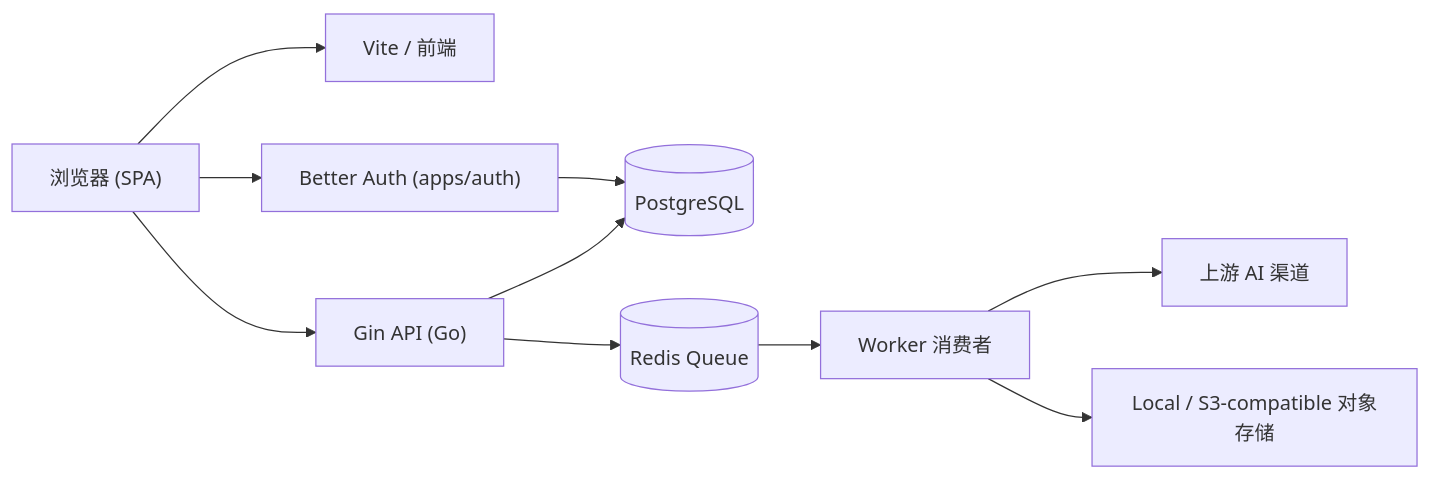
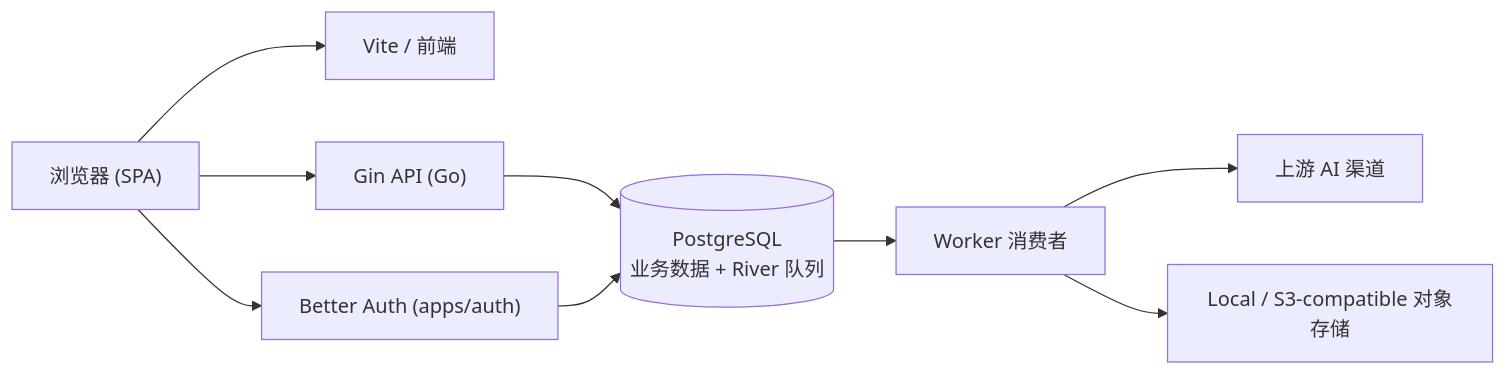
The first of 2 diagrams in DEVELOPMENT.md (Ericsunsk/IdeaBoard), drawn with Mermaid before and after one commit. The commit also changed other lines of this file and 57 other files, not shown here.

First line of the commit message:
refactor: replace Asynq+Redis with River+PostgreSQL for task queue

````diff
--- a/DEVELOPMENT.md
+++ b/DEVELOPMENT.md
@@ -47,14 +47,13 @@
 ```mermaid
 graph LR
     Browser["浏览器 (SPA)"] --> Vite["Vite / 前端"]
     Browser --> Auth["Better Auth (apps/auth)"]
     Browser --> Gin["Gin API (Go)"]
     
-    Gin --> Postgres[("PostgreSQL")]
-    Gin --> Redis[("Redis Queue")]
+    Gin --> Postgres[("PostgreSQL<br>业务数据 + River 队列")]
     Auth --> Postgres
     
-    Redis --> Worker["Worker 消费者"]
+    Postgres --> Worker["Worker 消费者"]
     Worker --> AI["上游 AI 渠道"]
     Worker --> Storage["Local / S3-compatible 对象存储"]
 ```
````
